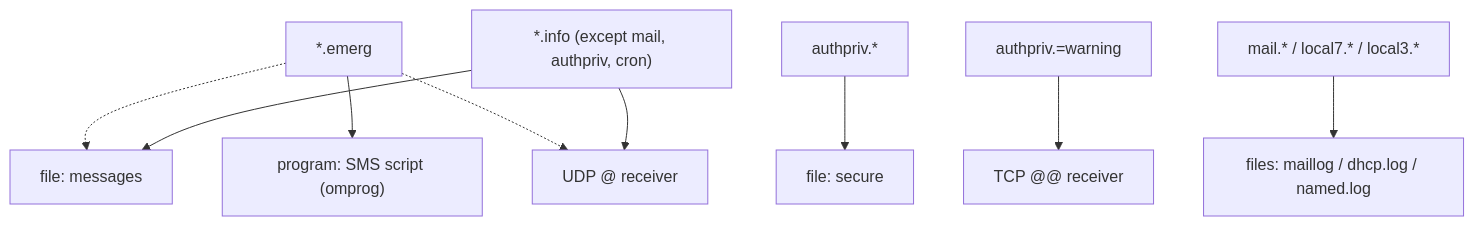
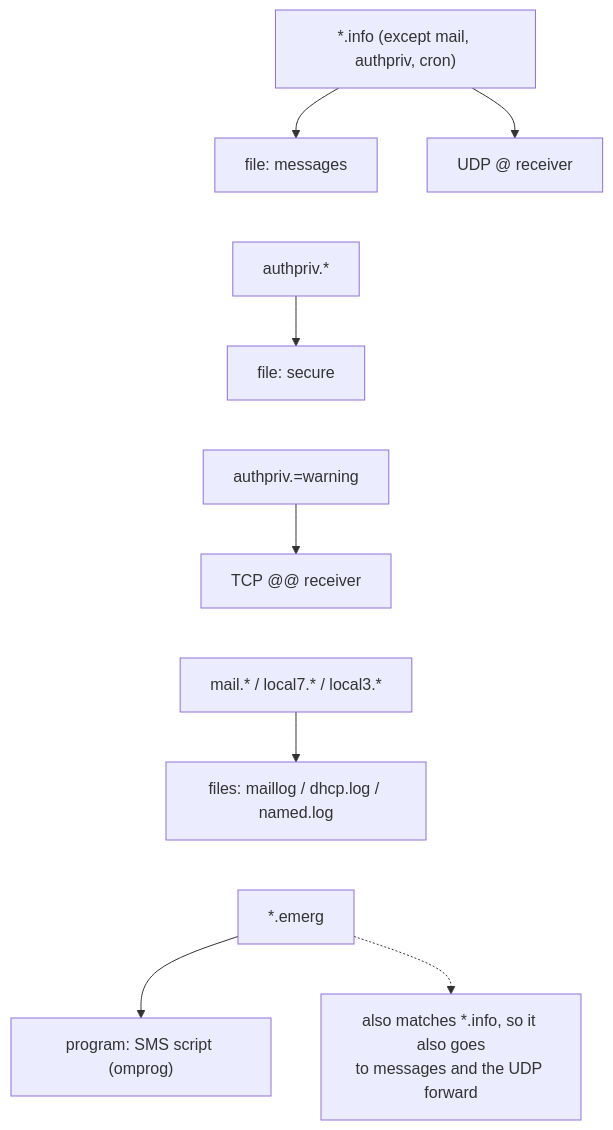
The diagram in docs/training/network-forensics/part-2/syslog.md (DFIDwiz-sketch/dfir-handbook), drawn with Mermaid before and after one commit. The commit also changed other lines of this file and 1 other file, not shown here.

Commit message:
Network Forensics: restack lesson 2.10 routing figure for mobile width (KO + EN)
Claude-Session: https://claude.ai/code/session_011VUSpmik9wJ5Ypd1THCkmf

````diff
--- a/docs/training/network-forensics/part-2/syslog.md
+++ b/docs/training/network-forensics/part-2/syslog.md
@@ -354,11 +354,14 @@
 ```mermaid
 flowchart TD
     A["*.info (except mail, authpriv, cron)"] --> F1["file: messages"]
     A --> N1["UDP @ receiver"]
-    B["authpriv.*"] --> F2["file: secure"]
-    C["authpriv.=warning"] --> N2["TCP @@ receiver"]
-    D["mail.* / local7.* / local3.*"] --> F3["files: maillog / dhcp.log / named.log"]
-    E["*.emerg"] --> P1["program: SMS script (omprog)"]
-    E -.-> F1
-    E -.-> N1
+    F1 ~~~ B["authpriv.*"]
+    B --> F2["file: secure"]
+    F2 ~~~ C["authpriv.=warning"]
+    C --> N2["TCP @@ receiver"]
+    N2 ~~~ D["mail.* / local7.* / local3.*"]
+    D --> F3["files: maillog / dhcp.log / named.log"]
+    F3 ~~~ E["*.emerg"]
+    E --> P1["program: SMS script (omprog)"]
+    E -.-> X["also matches *.info, so it also goes<br/>to messages and the UDP forward"]
 ```
````
